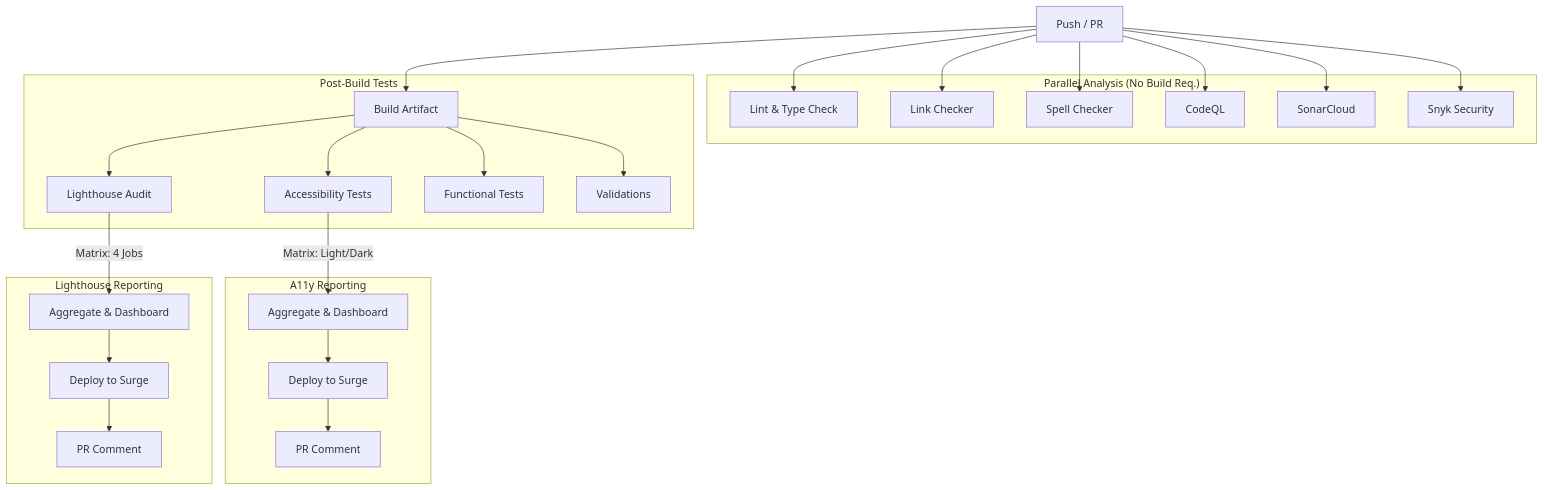
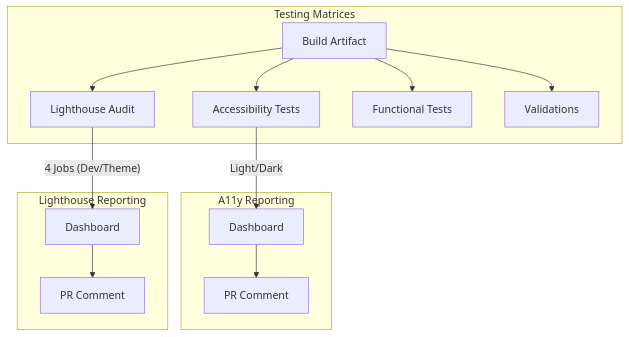
One commit to jmrplens/jmrp.io changed the third of 3 diagrams in README.md. Above: the diagram before and after it, drawn with Mermaid. The commit also changed other lines of this file, not shown here.

Commit message:
docs: restructure ci diagrams for mobile readability

````diff
--- a/README.md
+++ b/README.md
@@ -131,41 +171,21 @@
 ```mermaid
 graph TD
-    Trigger[Push / PR]
+    Build[Build Artifact]
 
-    subgraph "Parallel Analysis (No Build Req.)"
-        Lint[Lint & Type Check]
-        Links[Link Checker]
-        Spell[Spell Checker]
-        CodeQL
-        Sonar[SonarCloud]
-        Snyk[Snyk Security]
-    end
-
-    Trigger --> Lint
-    Trigger --> Links
-    Trigger --> Spell
-    Trigger --> CodeQL
-    Trigger --> Sonar
-    Trigger --> Snyk
-
-    Trigger --> Build[Build Artifact]
-
-    subgraph "Post-Build Tests"
+    subgraph "Testing Matrices"
         Build --> A11y[Accessibility Tests]
         Build --> LH[Lighthouse Audit]
         Build --> Func[Functional Tests]
         Build --> Valid[Validations]
     end
 
     subgraph "A11y Reporting"
-        A11y -- Matrix: Light/Dark --> A11yAgg[Aggregate & Dashboard]
-        A11yAgg --> A11yDep[Deploy to Surge]
-        A11yDep --> A11yCom[PR Comment]
+        A11y -- Light/Dark --> A11yAgg[Dashboard]
+        A11yAgg --> A11yCom[PR Comment]
     end
 
     subgraph "Lighthouse Reporting"
-        LH -- Matrix: 4 Jobs --> LHAgg[Aggregate & Dashboard]
-        LHAgg --> LHDep[Deploy to Surge]
-        LHDep --> LHCom[PR Comment]
+        LH -- 4 Jobs (Dev/Theme) --> LHAgg[Dashboard]
+        LHAgg --> LHCom[PR Comment]
     end
 ```
````
